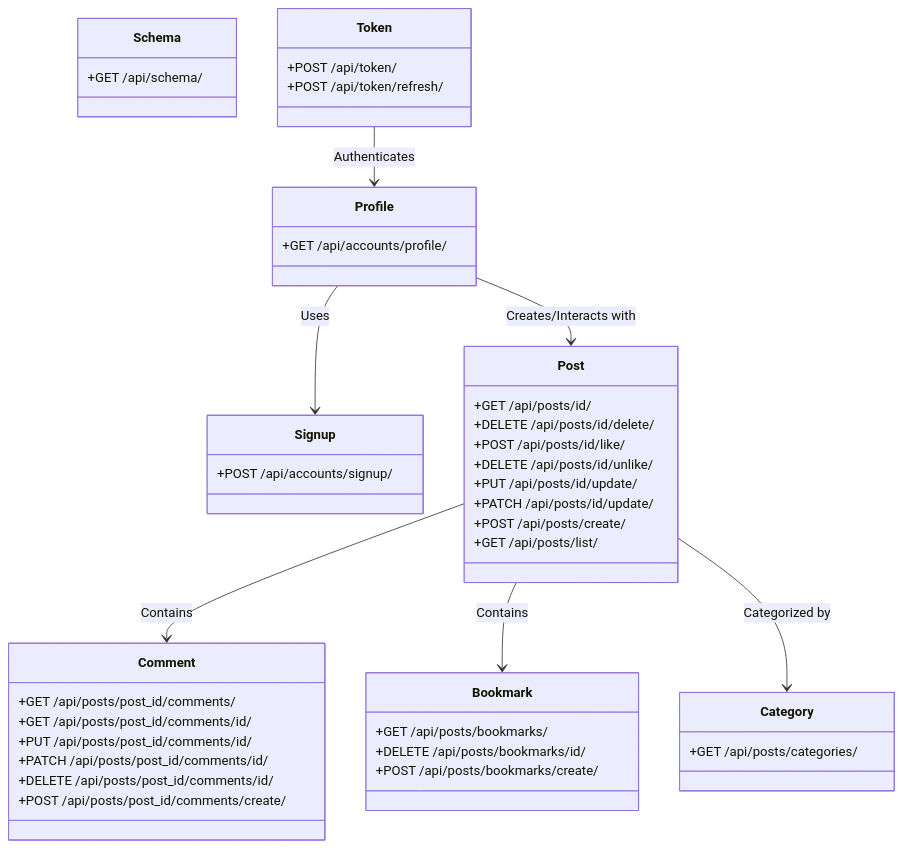
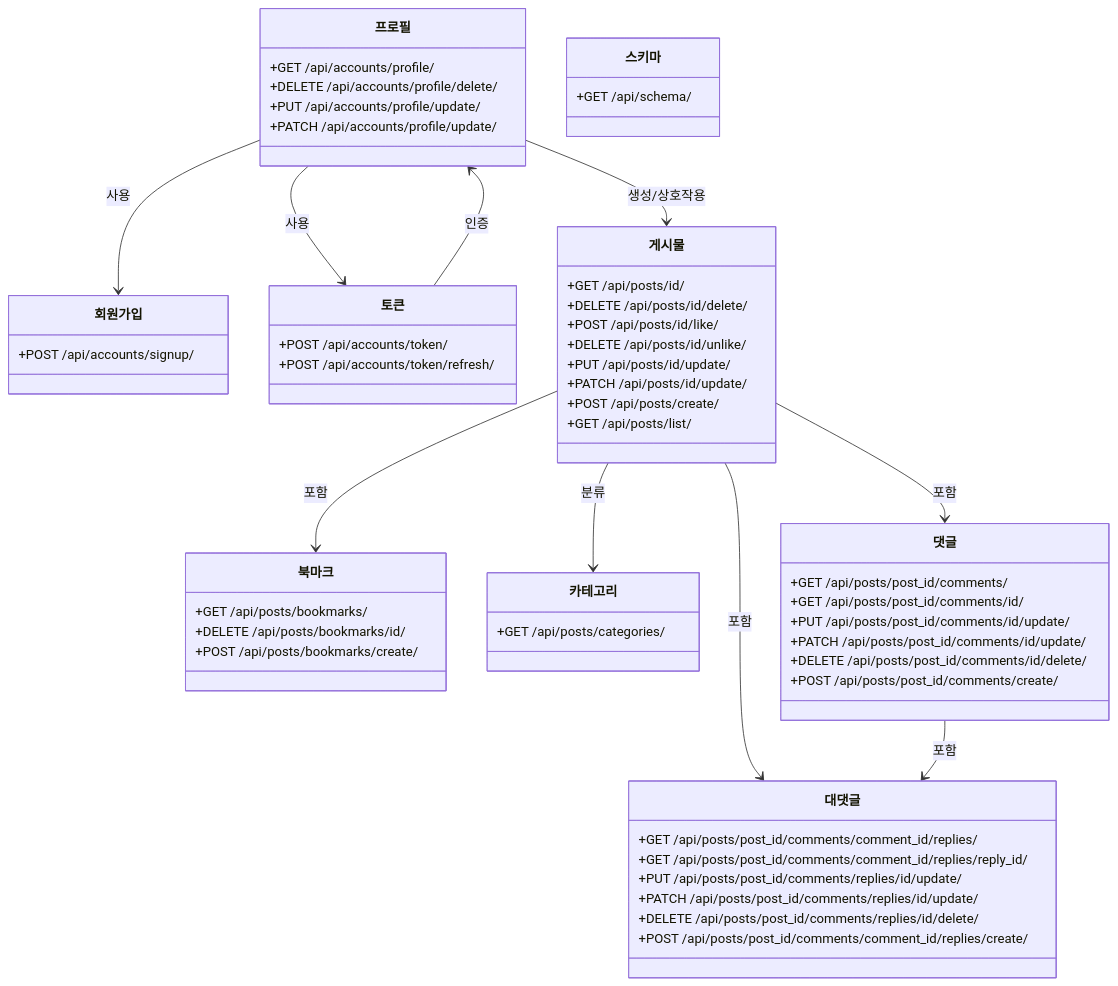
Before and after one commit to AI-Inventory-Forecasting-Team/ai-inventory-forecasting: the first of 3 diagrams in README.md, drawn with Mermaid. The commit also changed other lines of this file and 24 other files, not shown here.

````diff
--- a/README.md
+++ b/README.md
@@ -133,58 +208,73 @@
 ```mermaid
 classDiagram
-  class Profile {
+  class 프로필 {
     +GET /api/accounts/profile/
+    +DELETE /api/accounts/profile/delete/
+    +PUT /api/accounts/profile/update/
+    +PATCH /api/accounts/profile/update/
   }
 
-  class Signup {
+  class 회원가입 {
     +POST /api/accounts/signup/
   }
 
-  class Post {
+  class 토큰 {
+    +POST /api/accounts/token/
+    +POST /api/accounts/token/refresh/
+  }
+
+  class 게시물 {
     +GET /api/posts/id/
     +DELETE /api/posts/id/delete/
     +POST /api/posts/id/like/
     +DELETE /api/posts/id/unlike/
     +PUT /api/posts/id/update/
     +PATCH /api/posts/id/update/
     +POST /api/posts/create/
     +GET /api/posts/list/
   }
 
-  class Comment {
-    +GET /api/posts/post_id/comments/
-    +GET /api/posts/post_id/comments/id/
-    +PUT /api/posts/post_id/comments/id/
-    +PATCH /api/posts/post_id/comments/id/
-    +DELETE /api/posts/post_id/comments/id/
-    +POST /api/posts/post_id/comments/create/
-  }
-
-  class Bookmark {
+  class 북마크 {
     +GET /api/posts/bookmarks/
     +DELETE /api/posts/bookmarks/id/
     +POST /api/posts/bookmarks/create/
   }
 
-  class Category {
+  class 카테고리 {
     +GET /api/posts/categories/
   }
 
-  class Schema {
+  class 댓글 {
+    +GET /api/posts/post_id/comments/
+    +GET /api/posts/post_id/comments/id/
+    +PUT /api/posts/post_id/comments/id/update/
+    +PATCH /api/posts/post_id/comments/id/update/
+    +DELETE /api/posts/post_id/comments/id/delete/
+    +POST /api/posts/post_id/comments/create/
+  }
+
+  class 대댓글 {
+    +GET /api/posts/post_id/comments/comment_id/replies/
+    +GET /api/posts/post_id/comments/comment_id/replies/reply_id/
+    +PUT /api/posts/post_id/comments/replies/id/update/
+    +PATCH /api/posts/post_id/comments/replies/id/update/
+    +DELETE /api/posts/post_id/comments/replies/id/delete/
+    +POST /api/posts/post_id/comments/comment_id/replies/create/
+  }
+
+  class 스키마 {
     +GET /api/schema/
   }
 
-  class Token {
-    +POST /api/token/
-    +POST /api/token/refresh/
-  }
-
-  Profile --> Signup : Uses
-  Post --> Comment : Contains
-  Post --> Bookmark : Contains
-  Post --> Category : Categorized by
-  Profile --> Post : Creates/Interacts with
-  Token --> Profile : Authenticates
+  프로필 --> 회원가입 : 사용
+  프로필 --> 토큰 : 사용
+  게시물 --> 댓글 : 포함
+  게시물 --> 대댓글 : 포함
+  게시물 --> 북마크 : 포함
+  게시물 --> 카테고리 : 분류
+  프로필 --> 게시물 : 생성/상호작용
+  토큰 --> 프로필 : 인증
+  댓글 --> 대댓글 : 포함
 
 
 ```
````
